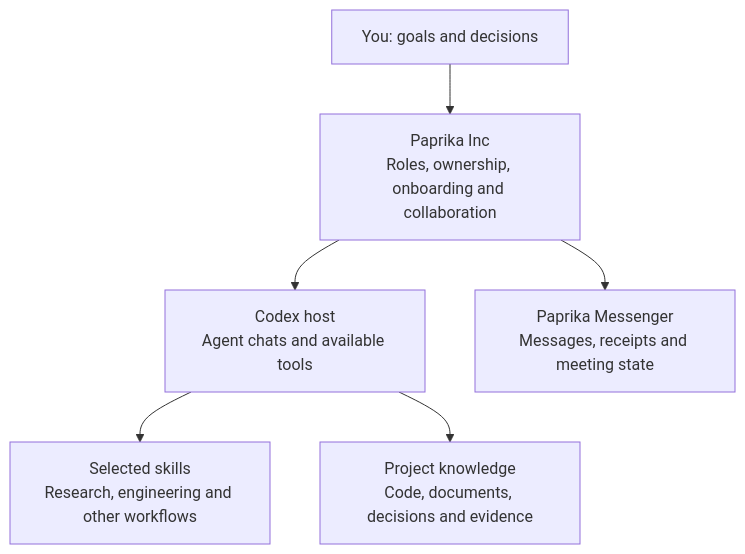
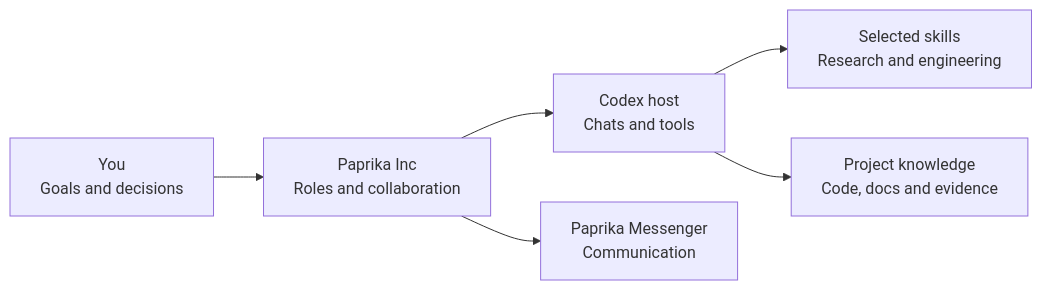
The first of 2 diagrams in README.md (newbiesitl/paprika-inc), drawn with Mermaid before and after one commit.

Commit message:
docs: simplify architecture diagram labels

````diff
--- a/README.md
+++ b/README.md
@@ -140,8 +140,10 @@
 ```mermaid
-flowchart TD
-    Human["You: goals and decisions"] --> Inc["Paprika Inc<br/>Roles, ownership, onboarding and collaboration"]
-    Inc --> Host["Codex host<br/>Agent chats and available tools"]
-    Inc --> Messenger["Paprika Messenger<br/>Messages, receipts and meeting state"]
-    Host --> Skills["Selected skills<br/>Research, engineering and other workflows"]
-    Host --> Knowledge["Project knowledge<br/>Code, documents, decisions and evidence"]
+flowchart LR
+    accTitle: Paprika Inc architecture
+    accDescr: Human goals guide Paprika Inc roles and collaboration. Inc uses the Codex host for agent chats and tools, and Paprika Messenger for communication. Agents draw on selected skills and project knowledge.
+    Human["You<br/>Goals and decisions"] --> Inc["Paprika Inc<br/>Roles and collaboration"]
+    Inc --> Host["Codex host<br/>Chats and tools"]
+    Inc --> Messenger["Paprika Messenger<br/>Communication"]
+    Host --> Skills["Selected skills<br/>Research and engineering"]
+    Host --> Knowledge["Project knowledge<br/>Code, docs and evidence"]
 ```
````
